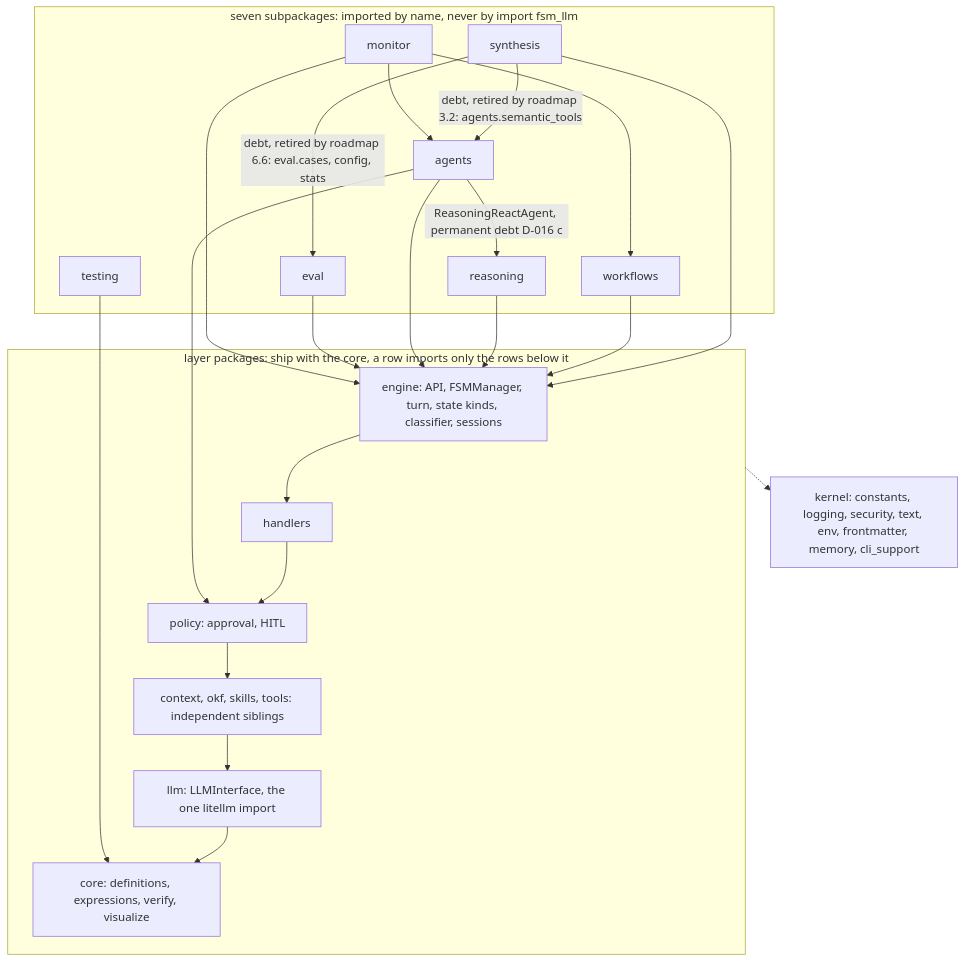
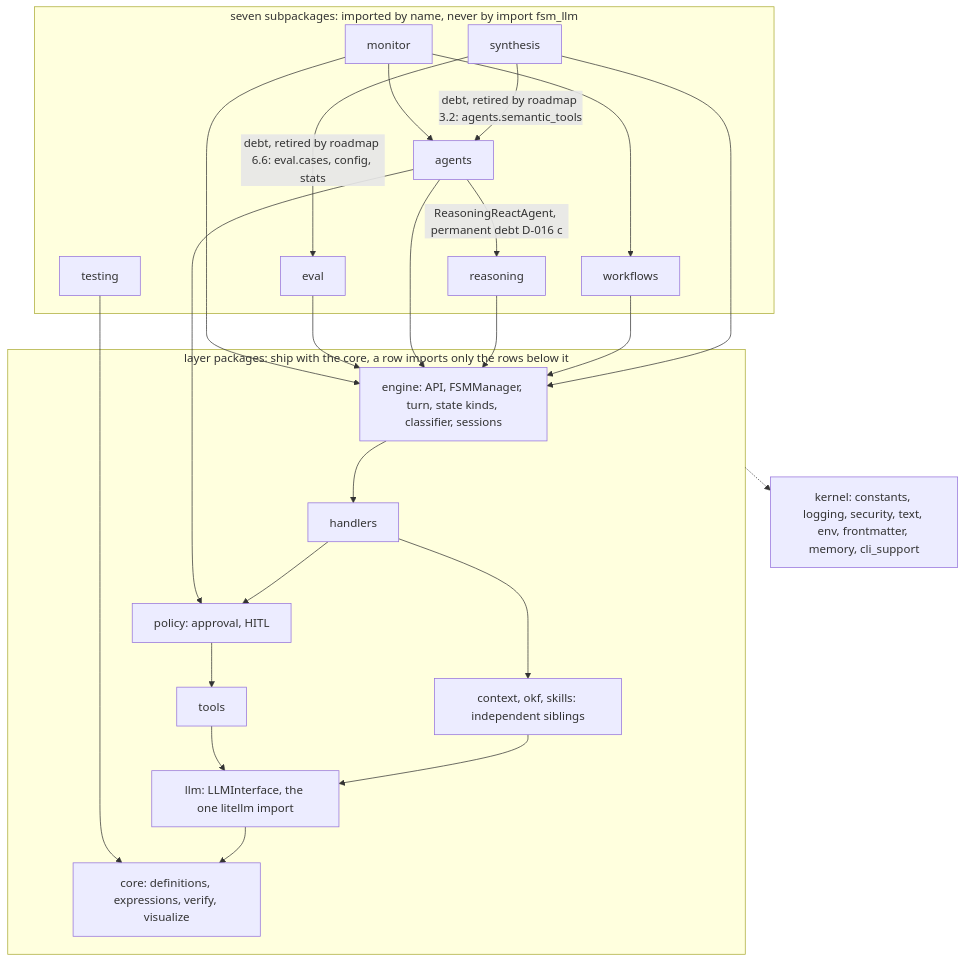
One commit to NikolasMarkou/fsm_llm changed the diagram in AGENTS.md. Above: the diagram before and after it, drawn with Mermaid. The commit also changed other lines of this file and 6 other files, not shown here.

First line of the commit message:
[plan-2026-11-12-d454fd62/iter-1/step-97.1] docs(review-2): policy-to-tools diagram, contributor note, monitor BREAKING bullet, synthesis imports

````diff
--- a/AGENTS.md
+++ b/AGENTS.md
@@ -15,40 +15,43 @@
 ```mermaid
 flowchart TD
     subgraph sub[seven subpackages: imported by name, never by import fsm_llm]
         monitor[monitor]
         eval[eval]
         agents[agents]
         synthesis[synthesis]
         workflows[workflows]
         reasoning[reasoning]
         testing[testing]
     end
     subgraph layers[layer packages: ship with the core, a row imports only the rows below it]
         engine[engine: API, FSMManager, turn, state kinds, classifier, sessions]
         handlers[handlers]
         policy[policy: approval, HITL]
-        low[context, okf, skills, tools: independent siblings]
+        tools[tools]
+        siblings[context, okf, skills: independent siblings]
         llm[llm: LLMInterface, the one litellm import]
         core[core: definitions, expressions, verify, visualize]
     end
     kernel[kernel: constants, logging, security, text, env, frontmatter, memory, cli_support]
     monitor --> agents
     monitor --> workflows
     monitor --> engine
     eval --> engine
     agents --> engine
     agents -- ReasoningReactAgent, permanent debt D-016 c --> reasoning
     reasoning --> engine
     workflows --> engine
     synthesis --> engine
     synthesis -- debt, retired by roadmap 3.2: agents.semantic_tools --> agents
     synthesis -- debt, retired by roadmap 6.6: eval.cases, config, stats --> eval
     testing --> core
     agents --> policy
     engine --> handlers
     handlers --> policy
-    policy --> low
-    low --> llm
+    handlers --> siblings
+    policy --> tools
+    tools --> llm
+    siblings --> llm
     llm --> core
     layers -.-> kernel
 ```
````
